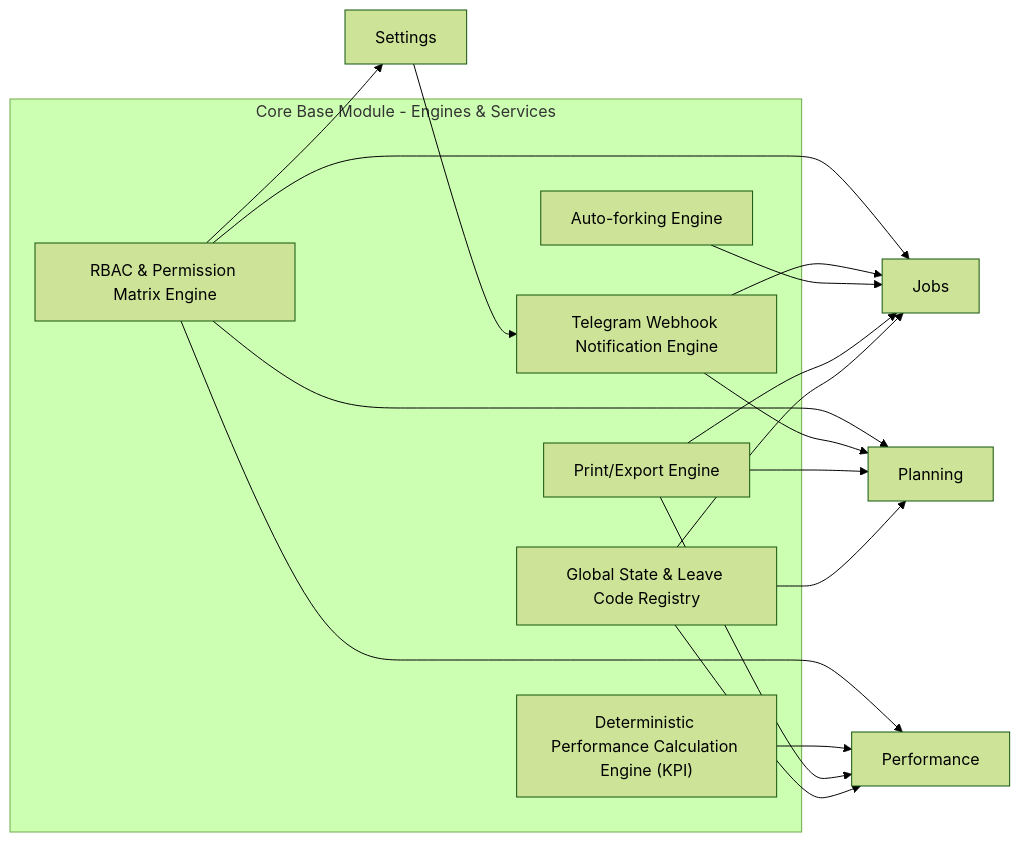
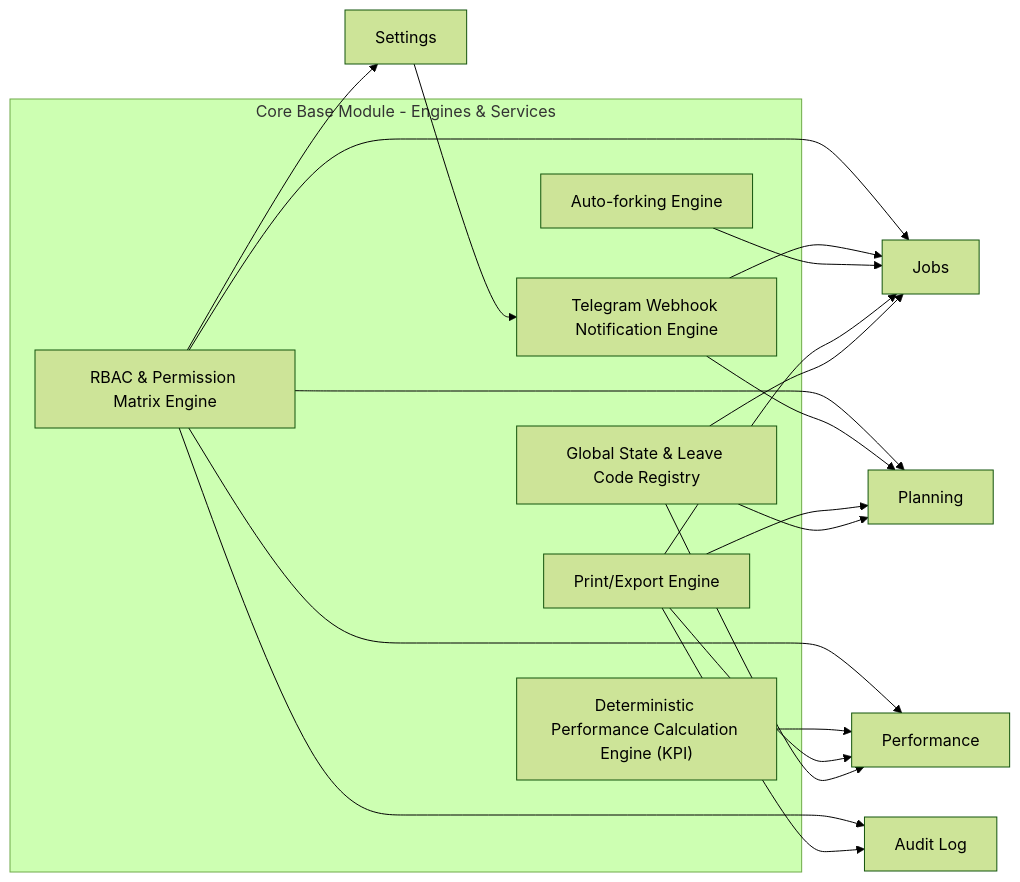
The third of 10 diagrams in SYSTEM_ARCHITECTURE_DIAGRAM.md (Lechcher/MES_project), drawn with Mermaid (forest theme) before and after one commit. The commit also changed other lines of this file and 18 other files, not shown here.

````diff
--- a/SYSTEM_ARCHITECTURE_DIAGRAM.md
+++ b/SYSTEM_ARCHITECTURE_DIAGRAM.md
@@ -86,38 +89,41 @@
 ```mermaid
 flowchart LR
     subgraph CORE["Core Base Module - Engines & Services"]
         E1["RBAC & Permission Matrix Engine"]
         E2["Telegram Webhook Notification Engine"]
         E3["Deterministic Performance Calculation Engine (KPI)"]
         E4["Auto-forking Engine"]
         E5["Print/Export Engine"]
         E6["Global State & Leave Code Registry"]
     end
 
     J["Jobs"]
     P["Planning"]
     F["Performance"]
     S["Settings"]
+    A["Audit Log"]
 
     E1 --> J
     E1 --> P
     E1 --> F
     E1 --> S
+    E1 --> A
 
     E2 --> J
     E2 --> P
 
     E3 --> F
 
     E4 --> J
 
     E5 --> J
     E5 --> P
     E5 --> F
+    E5 --> A
 
     E6 --> J
     E6 --> P
     E6 --> F
 
     S --> E2
 ```
````
